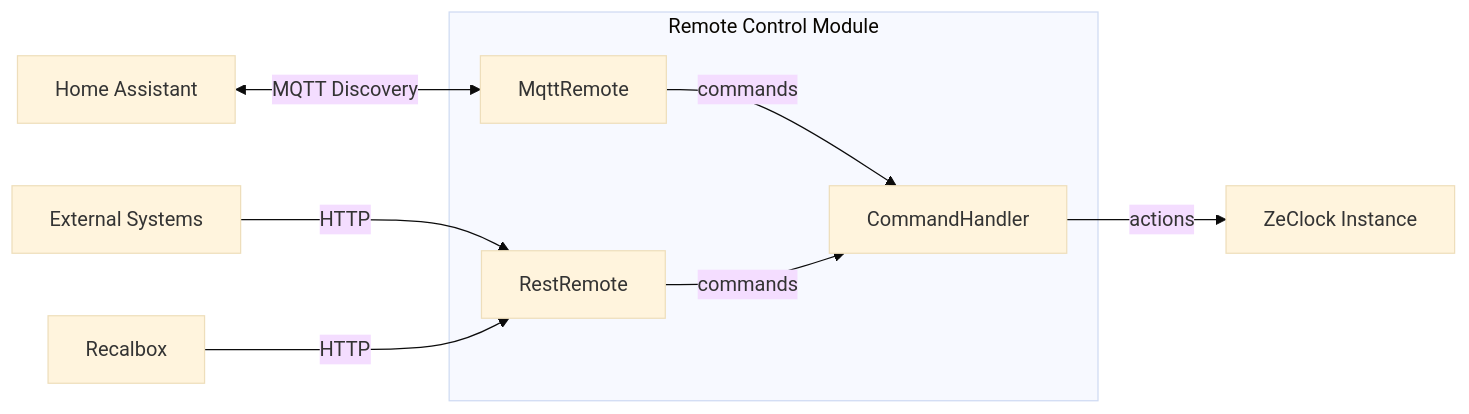
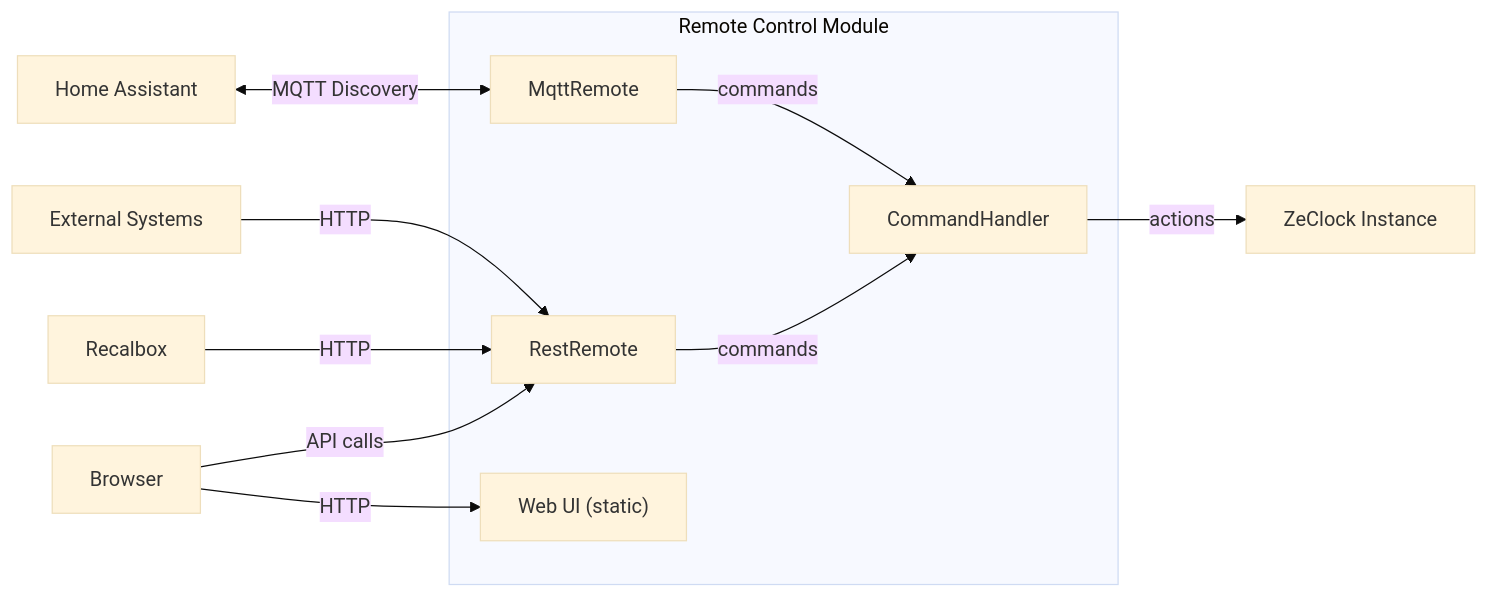
One commit to DMDTools/zeClock changed the second of 4 diagrams in docs/architecture.md. Above: the diagram before and after it, drawn with Mermaid (base theme). The commit also changed other lines of this file and 13 other files, not shown here.

````diff
--- a/docs/architecture.md
+++ b/docs/architecture.md
@@ -201,16 +207,19 @@
 ```mermaid
 graph LR
     subgraph "Remote Control Module"
         CH["CommandHandler"]
         MQTT["MqttRemote"]
         REST["RestRemote"]
+        WEBUI["Web UI (static)"]
     end
     
     MQTT -->|commands| CH
     REST -->|commands| CH
     CH -->|actions| ZC["ZeClock Instance"]
     
     HA["Home Assistant"] <-->|MQTT Discovery| MQTT
     EXT["External Systems"] -->|HTTP| REST
     EXT2["Recalbox"] -->|HTTP| REST
+    BROWSER["Browser"] -->|HTTP| WEBUI
+    BROWSER -->|API calls| REST
 ```
````
